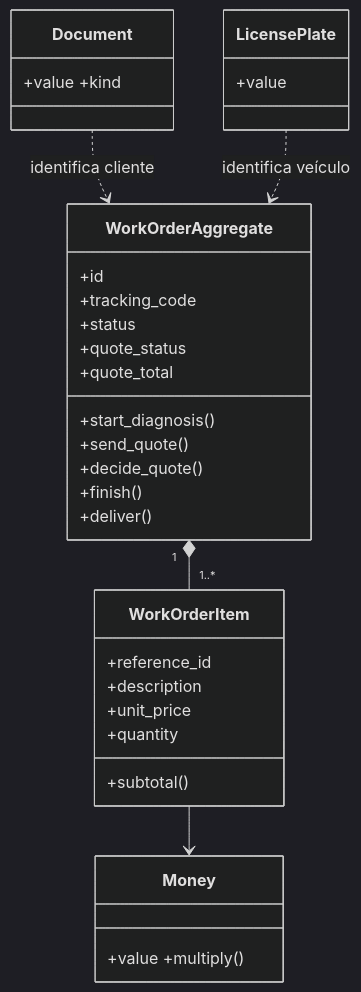
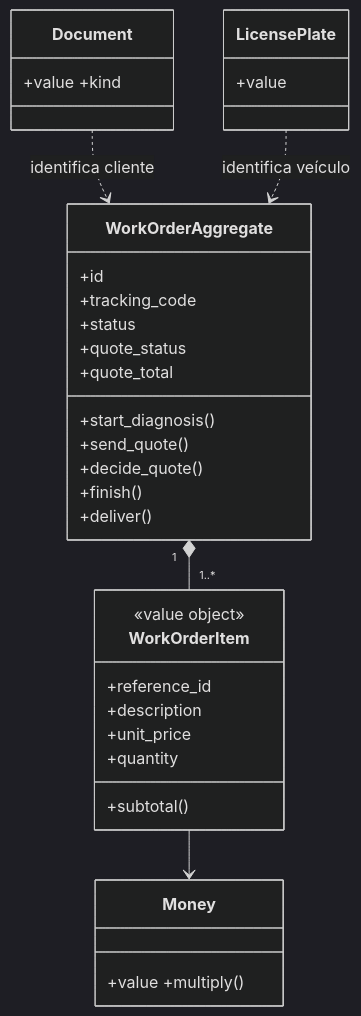
Before and after one commit to diegodpcarvalho/fiap-tech-challenge-fase-1: the second of 5 diagrams in docs/ddd/diagramas.md, drawn with Mermaid (dark theme). The commit also changed other lines of this file and 30 other files, not shown here.

````diff
--- a/docs/ddd/diagramas.md
+++ b/docs/ddd/diagramas.md
@@ -21,29 +21,30 @@
 ```mermaid
 classDiagram
   class WorkOrderAggregate {
     +id
     +tracking_code
     +status
     +quote_status
     +quote_total
     +start_diagnosis()
     +send_quote()
     +decide_quote()
     +finish()
     +deliver()
   }
   class WorkOrderItem {
+    <<value object>>
     +reference_id
     +description
     +unit_price
     +quantity
     +subtotal()
   }
   class Document { +value +kind }
   class LicensePlate { +value }
   class Money { +value +multiply() }
   WorkOrderAggregate "1" *-- "1..*" WorkOrderItem
   WorkOrderItem --> Money
   Document ..> WorkOrderAggregate : identifica cliente
   LicensePlate ..> WorkOrderAggregate : identifica veículo
 ```
````
